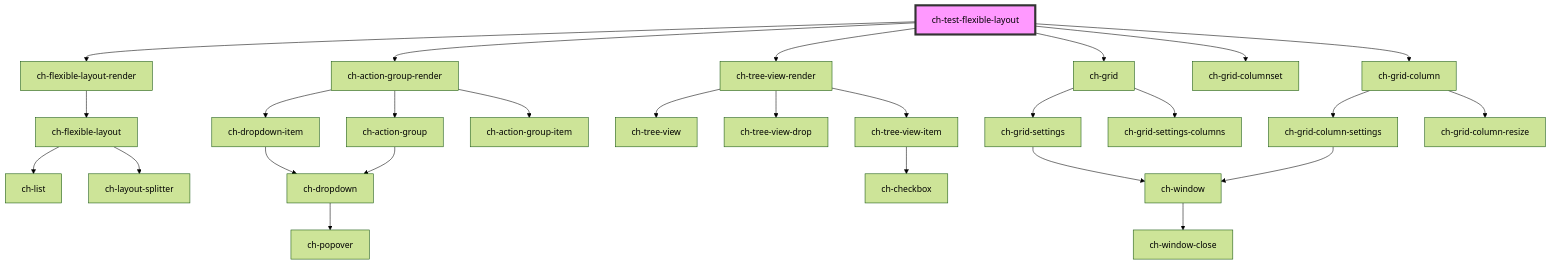
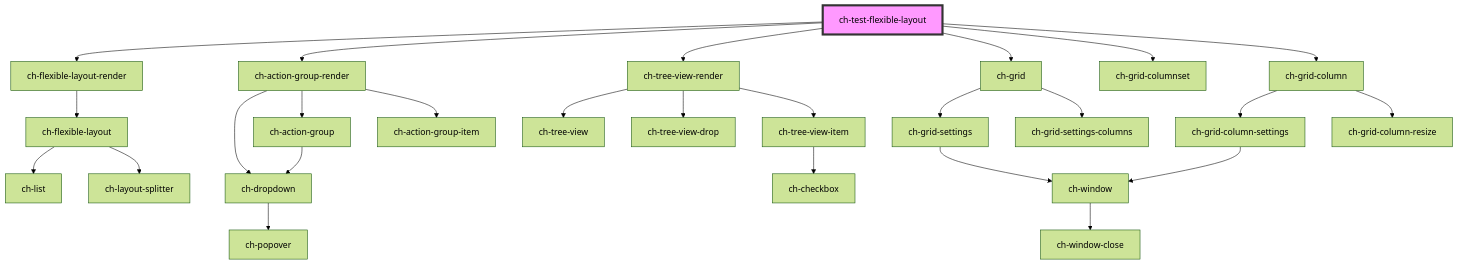
Before and after one commit to genexuslabs/chameleon-controls-library: the diagram in src/components/test/test-flexible-layout/readme.md, drawn with Mermaid (forest theme). The commit also changed 5 other files, not shown here.

````diff
--- a/src/components/test/test-flexible-layout/readme.md
+++ b/src/components/test/test-flexible-layout/readme.md
@@ -27,30 +27,29 @@
 ```mermaid
 graph TD;
   ch-test-flexible-layout --> ch-flexible-layout-render
   ch-test-flexible-layout --> ch-action-group-render
   ch-test-flexible-layout --> ch-tree-view-render
   ch-test-flexible-layout --> ch-grid
   ch-test-flexible-layout --> ch-grid-columnset
   ch-test-flexible-layout --> ch-grid-column
   ch-flexible-layout-render --> ch-flexible-layout
   ch-flexible-layout --> ch-list
   ch-flexible-layout --> ch-layout-splitter
-  ch-action-group-render --> ch-dropdown-item
+  ch-action-group-render --> ch-dropdown
   ch-action-group-render --> ch-action-group
   ch-action-group-render --> ch-action-group-item
-  ch-dropdown-item --> ch-dropdown
   ch-dropdown --> ch-popover
   ch-action-group --> ch-dropdown
   ch-tree-view-render --> ch-tree-view
   ch-tree-view-render --> ch-tree-view-drop
   ch-tree-view-render --> ch-tree-view-item
   ch-tree-view-item --> ch-checkbox
   ch-grid --> ch-grid-settings
   ch-grid --> ch-grid-settings-columns
   ch-grid-settings --> ch-window
   ch-window --> ch-window-close
   ch-grid-column --> ch-grid-column-settings
   ch-grid-column --> ch-grid-column-resize
   ch-grid-column-settings --> ch-window
   style ch-test-flexible-layout fill:#f9f,stroke:#333,stroke-width:4px
 ```
````
